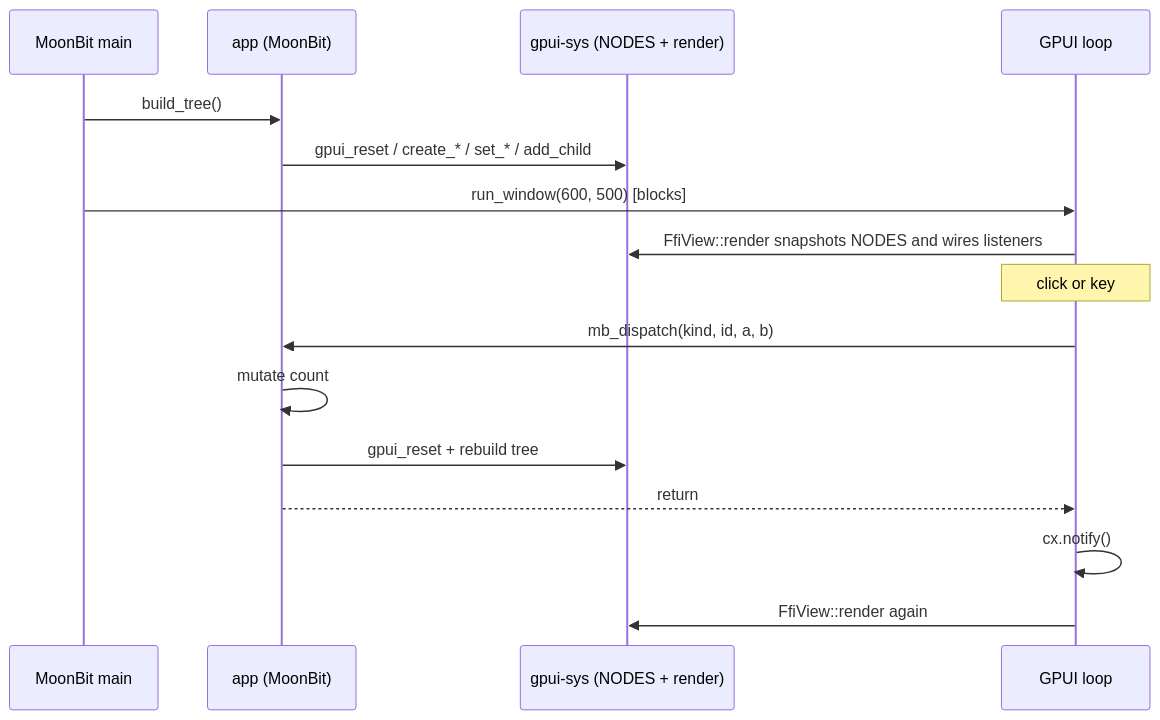
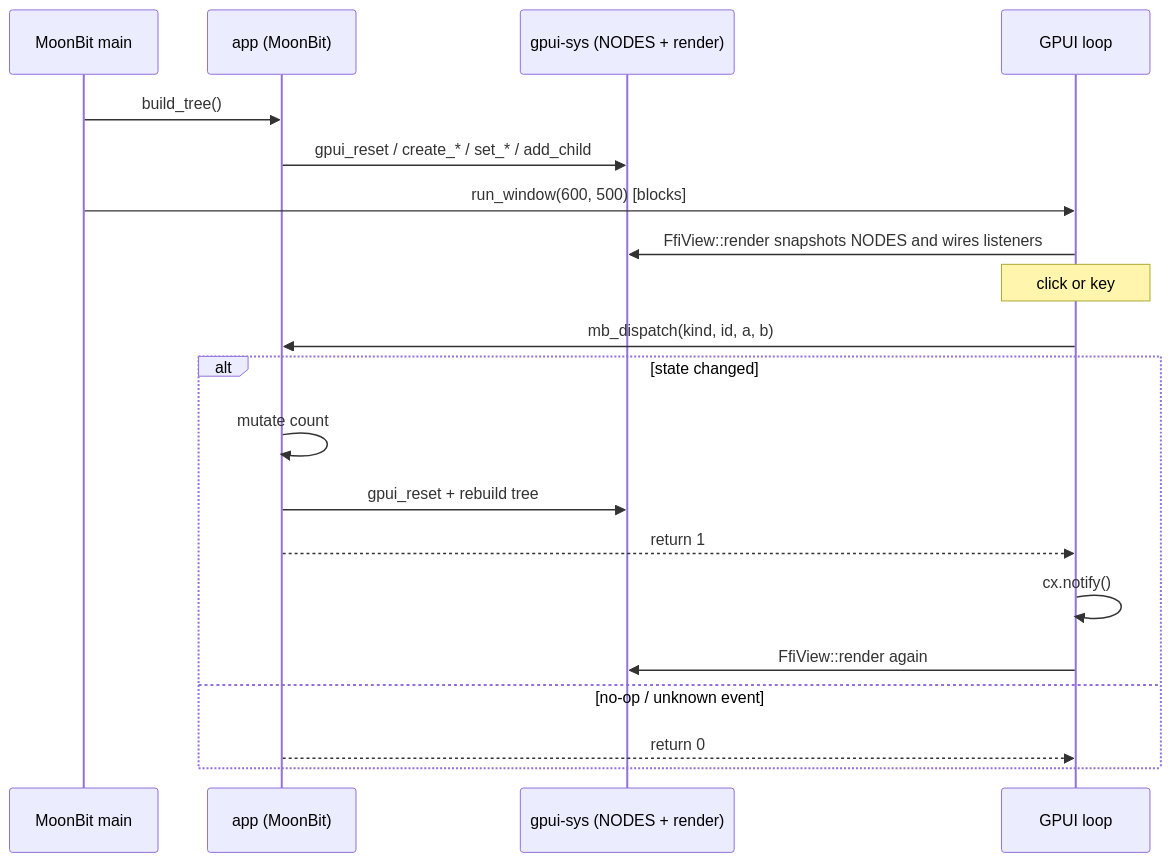
Before and after one commit to nakake/gpui-moonbit: the diagram in docs/architecture.md, drawn with Mermaid. The commit also changed other lines of this file and 17 other files, not shown here.

````diff
--- a/docs/architecture.md
+++ b/docs/architecture.md
@@ -81,18 +82,22 @@
 ```mermaid
 sequenceDiagram
   participant M as MoonBit main
   participant A as app (MoonBit)
   participant S as gpui-sys (NODES + render)
   participant G as GPUI loop
   M->>A: build_tree()
   A->>S: gpui_reset / create_* / set_* / add_child
   M->>G: run_window(600, 500) [blocks]
   G->>S: FfiView::render snapshots NODES and wires listeners
   Note over G: click or key
   G->>A: mb_dispatch(kind, id, a, b)
-  A->>A: mutate count
-  A->>S: gpui_reset + rebuild tree
-  A-->>G: return
-  G->>G: cx.notify()
-  G->>S: FfiView::render again
+  alt state changed
+    A->>A: mutate count
+    A->>S: gpui_reset + rebuild tree
+    A-->>G: return 1
+    G->>G: cx.notify()
+    G->>S: FfiView::render again
+  else no-op / unknown event
+    A-->>G: return 0
+  end
 ```
````
